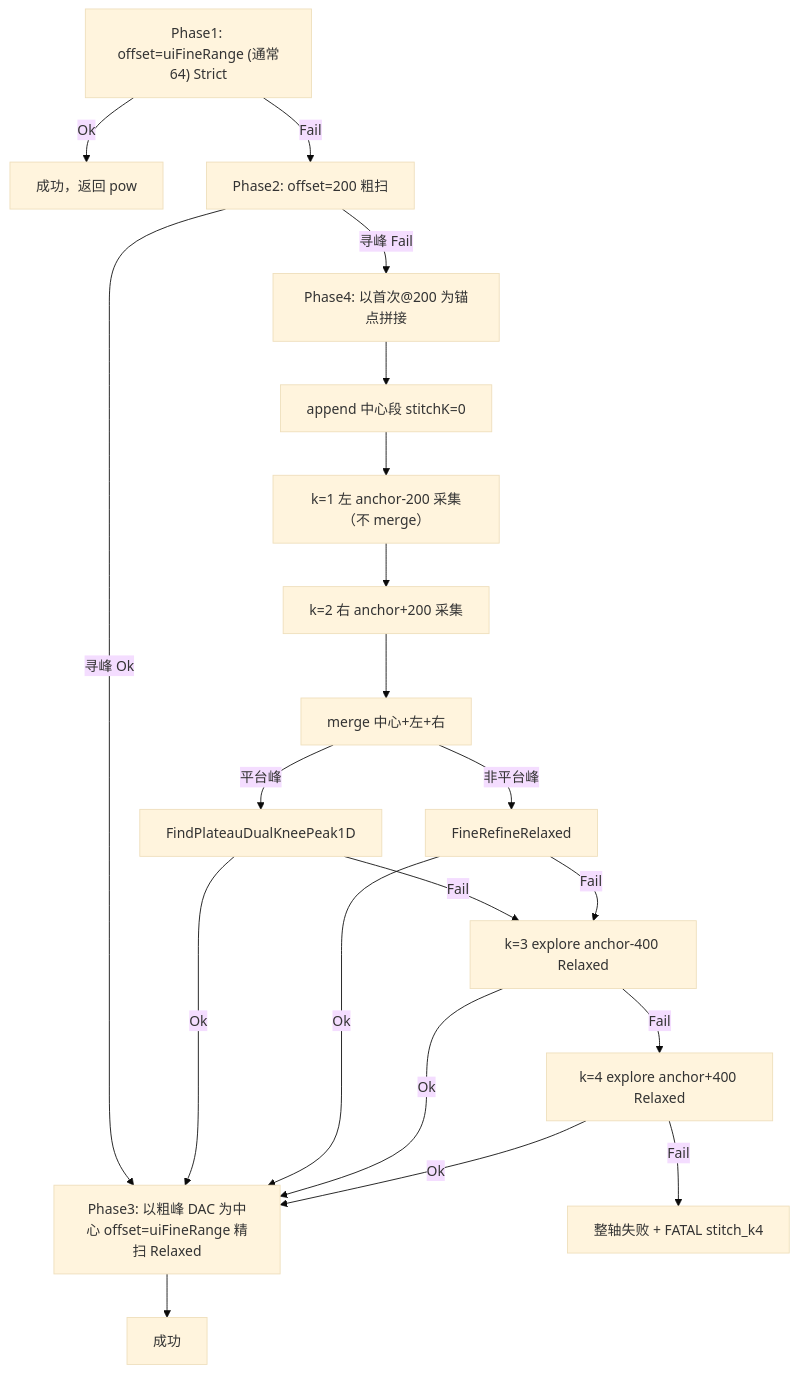
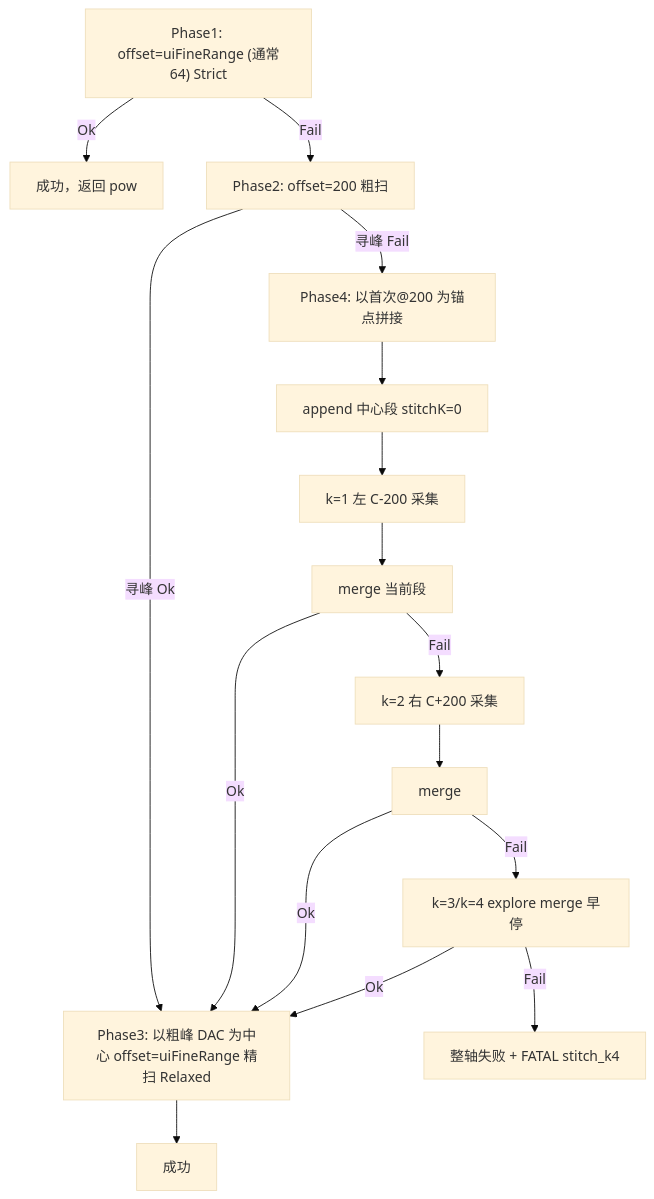
One commit to JacobLiou/Molex.OSBU.Module.M576Tool changed the diagram in doc/拼接式扫频重试算法.md. Above: the diagram before and after it, drawn with Mermaid (base theme). The commit also changed other lines of this file and 12 other files, not shown here.

````diff
--- a/doc/拼接式扫频重试算法.md
+++ b/doc/拼接式扫频重试算法.md
@@ -26,22 +26,18 @@
 ```mermaid
 flowchart TD
   A["Phase1: offset=uiFineRange (通常64) Strict"] -->|Ok| OK64[成功，返回 pow]
   A -->|Fail| B["Phase2: offset=200 粗扫"]
   B -->|寻峰 Ok| C["Phase3: 以粗峰 DAC 为中心 offset=uiFineRange 精扫 Relaxed"]
   C --> OKfine[成功]
   B -->|寻峰 Fail| D["Phase4: 以首次@200 为锚点拼接"]
   D --> C0["append 中心段 stitchK=0"]
-  C0 --> S1["k=1 左 anchor-200 采集（不 merge）"]
-  S1 --> S2["k=2 右 anchor+200 采集"]
-  S2 --> MERGE["merge 中心+左+右"]
-  MERGE -->|平台峰| DK["FindPlateauDualKneePeak1D"]
-  MERGE -->|非平台峰| RL["FineRefineRelaxed"]
-  DK -->|Ok| C
-  RL -->|Ok| C
-  DK -->|Fail| E1["k=3 explore anchor-400 Relaxed"]
-  RL -->|Fail| E1
+  C0 --> S1["k=1 左 C-200 采集"]
+  S1 --> M1["merge 当前段"]
+  M1 -->|Ok| C
+  M1 -->|Fail| S2["k=2 右 C+200 采集"]
+  S2 --> M2["merge"]
+  M2 -->|Ok| C
+  M2 -->|Fail| E1["k=3/k=4 explore merge 早停"]
   E1 -->|Ok| C
-  E1 -->|Fail| E2["k=4 explore anchor+400 Relaxed"]
-  E2 -->|Ok| C
-  E2 -->|Fail| FAIL["整轴失败 + FATAL stitch_k4"]
+  E1 -->|Fail| FAIL["整轴失败 + FATAL stitch_k4"]
 ```
````
